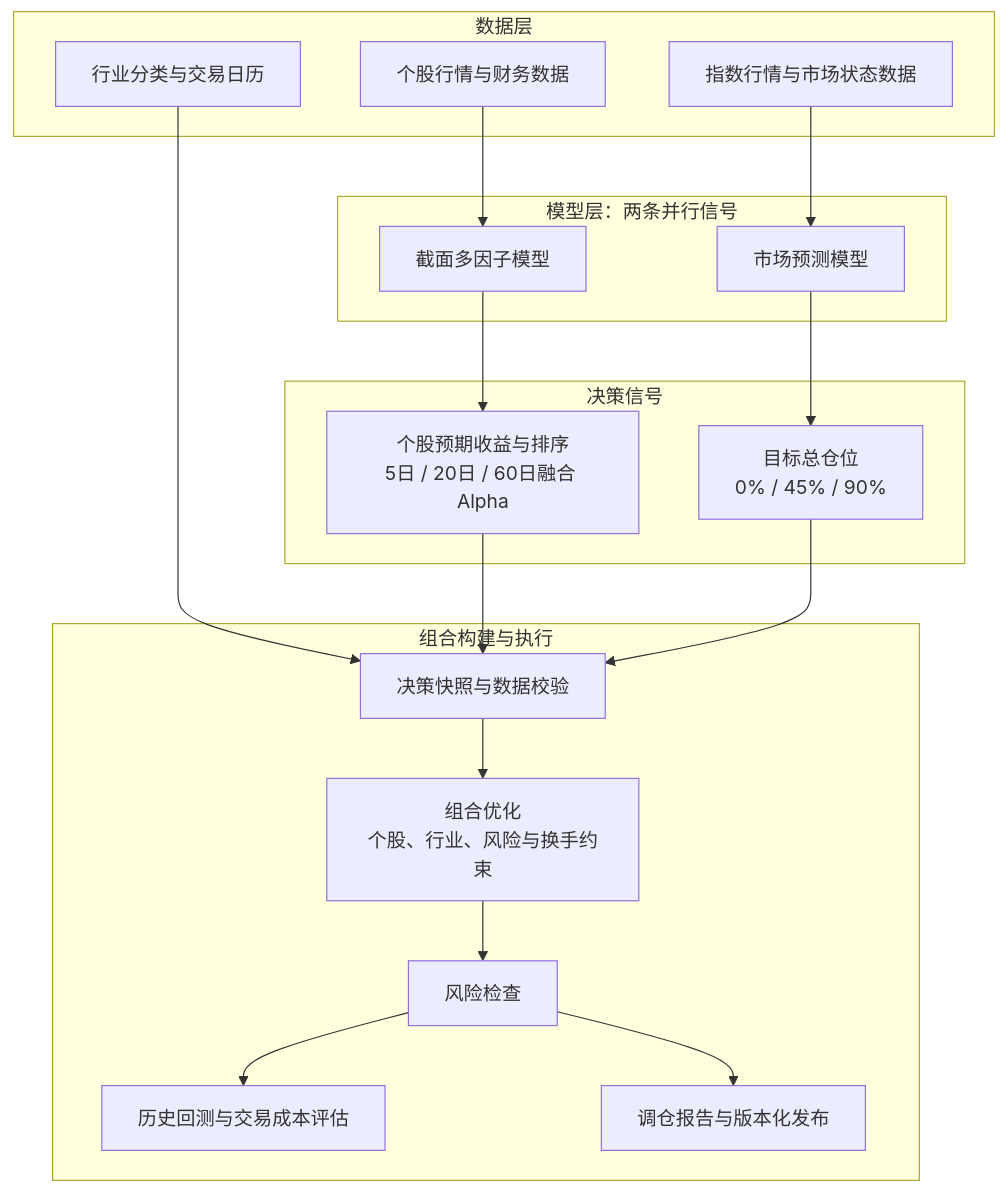
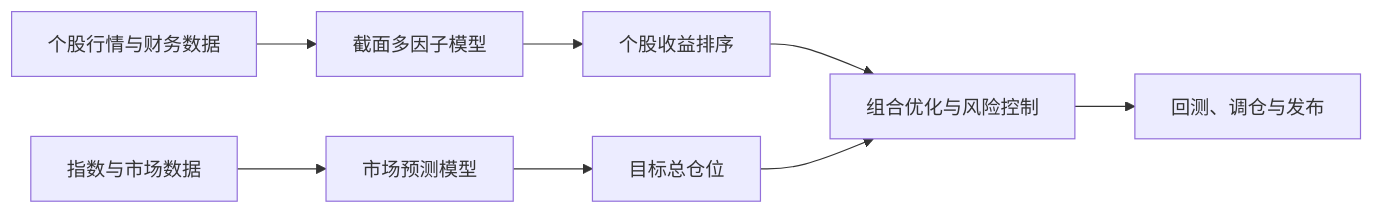
The diagram in README.md (JinxuJiang/A-share-Quantitative-Investment-System), drawn with Mermaid before and after one commit.

Commit message:
简化系统流程图

````diff
--- a/README.md
+++ b/README.md
@@ -9,35 +9,8 @@
 ```mermaid
-flowchart TB
-    subgraph D[数据层]
-        D1[个股行情与财务数据]
-        D2[指数行情与市场状态数据]
-        D3[行业分类与交易日历]
-    end
-
-    subgraph M[模型层：两条并行信号]
-        M1[截面多因子模型]
-        M2[市场预测模型]
-    end
-
-    subgraph S[决策信号]
-        S1[个股预期收益与排序<br/>5日 / 20日 / 60日融合 Alpha]
-        S2[目标总仓位<br/>0% / 45% / 90%]
-    end
-
-    subgraph P[组合构建与执行]
-        P1[决策快照与数据校验]
-        P2[组合优化<br/>个股、行业、风险与换手约束]
-        P3[风险检查]
-        P4[历史回测与交易成本评估]
-        P5[调仓报告与版本化发布]
-    end
-
-    D1 --> M1 --> S1
-    D2 --> M2 --> S2
-    D3 --> P1
-    S1 --> P1
-    S2 --> P1
-    P1 --> P2 --> P3
-    P3 --> P4
-    P3 --> P5
+flowchart LR
+    A[个股行情与财务数据] --> B[截面多因子模型] --> C[个股收益排序]
+    D[指数与市场数据] --> E[市场预测模型] --> F[目标总仓位]
+    C --> G[组合优化与风险控制]
+    F --> G
+    G --> H[回测、调仓与发布]
 ```
````
